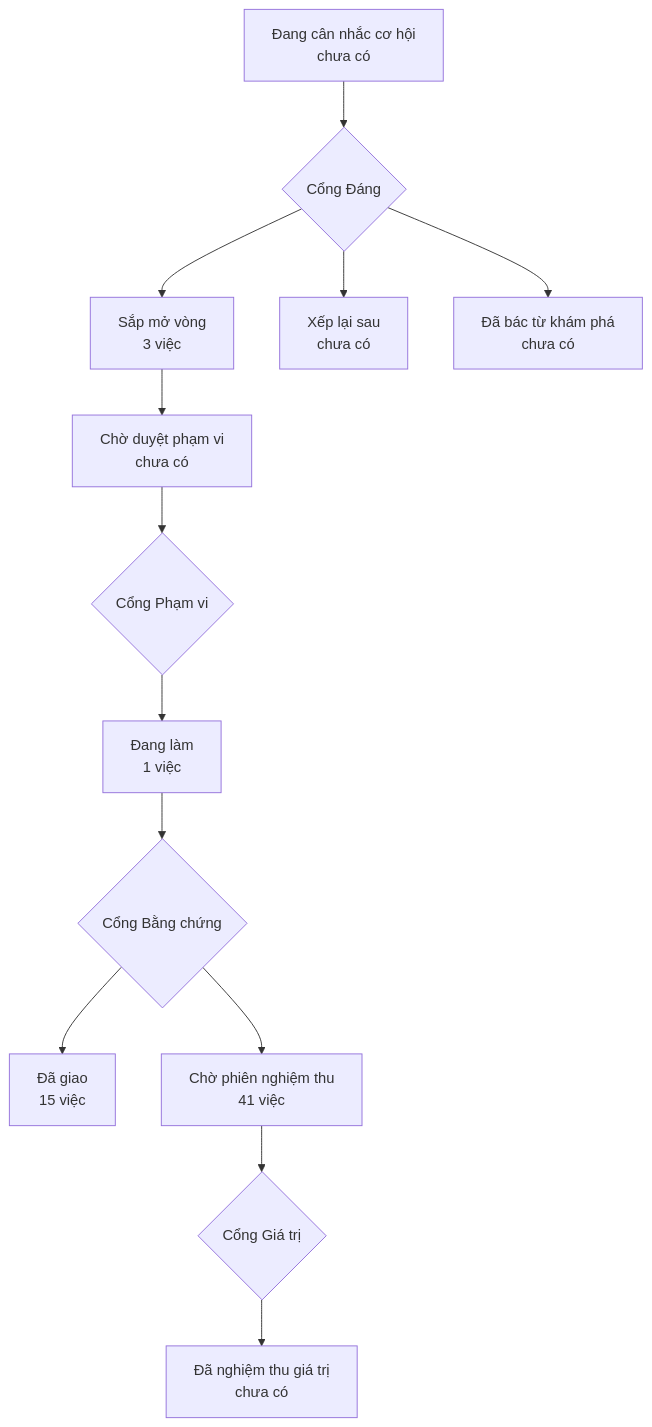
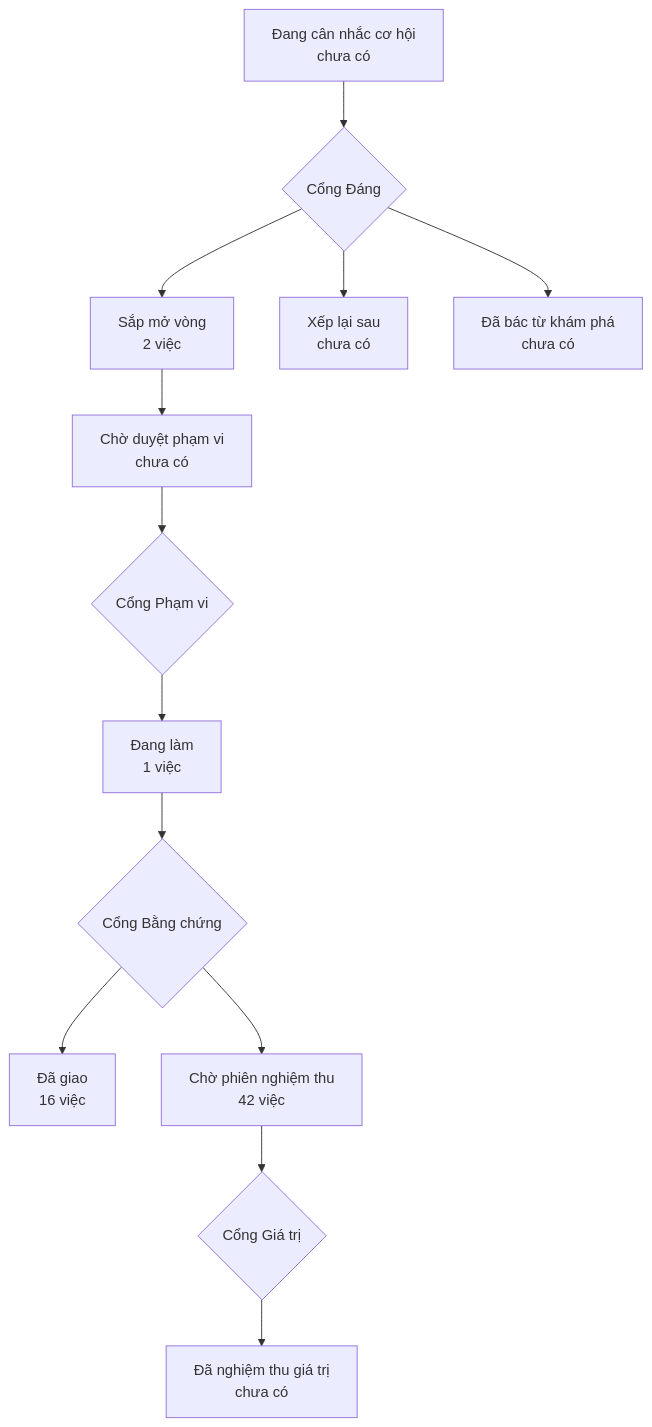
The diagram in PRODUCT-MAP.md (phanlemanh/onehub-quy-hang), drawn with Mermaid before and after one commit. The commit also changed other lines of this file and 1 other file, not shown here.

Commit message:
chore: vẽ lại bản đồ sản phẩm và lộ trình sau gộp main

````diff
--- a/PRODUCT-MAP.md
+++ b/PRODUCT-MAP.md
@@ -7,12 +7,12 @@
 ```mermaid
 flowchart TD
   A["Đang cân nhắc cơ hội<br/>chưa có"] --> GD{"Cổng Đáng"}
-  GD --> B["Sắp mở vòng<br/>3 việc"]
+  GD --> B["Sắp mở vòng<br/>2 việc"]
   GD --> XL["Xếp lại sau<br/>chưa có"]
   GD --> DB["Đã bác từ khám phá<br/>chưa có"]
   B --> CD["Chờ duyệt phạm vi<br/>chưa có"] --> GP{"Cổng Phạm vi"}
   GP --> DL["Đang làm<br/>1 việc"] --> GB{"Cổng Bằng chứng"}
-  GB --> DG["Đã giao<br/>15 việc"]
-  GB --> CN["Chờ phiên nghiệm thu<br/>41 việc"] --> GG{"Cổng Giá trị"}
+  GB --> DG["Đã giao<br/>16 việc"]
+  GB --> CN["Chờ phiên nghiệm thu<br/>42 việc"] --> GG{"Cổng Giá trị"}
   GG --> NT["Đã nghiệm thu giá trị<br/>chưa có"]
 ```
````
